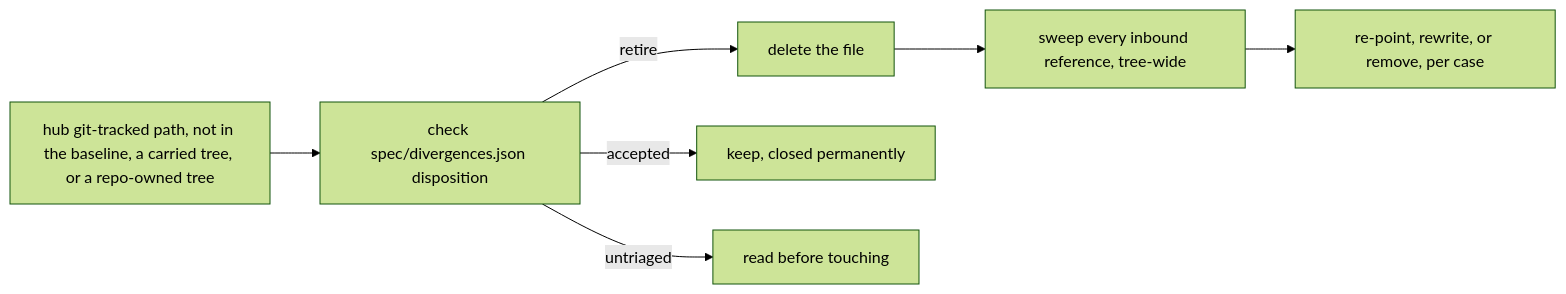
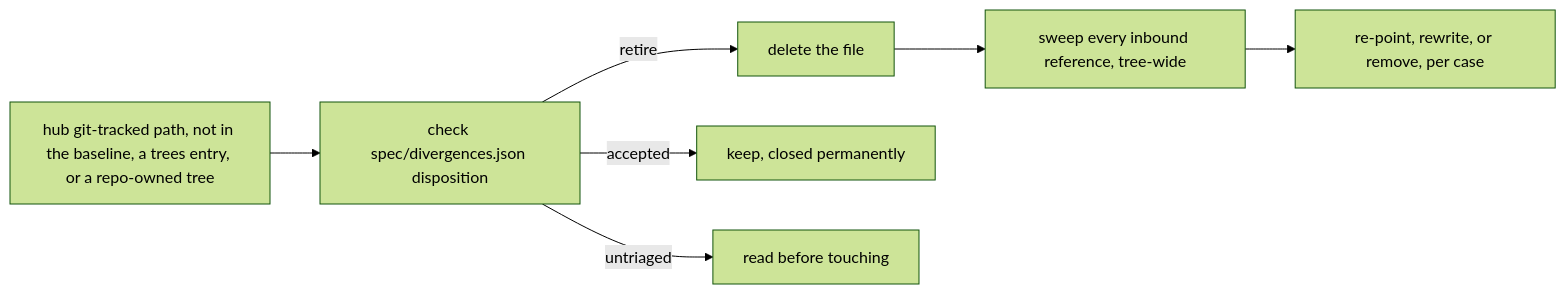
The second of 2 diagrams in RESYNC.md (ptr727/ProjectTemplate), drawn with Mermaid (forest theme) before and after one commit. The commit also changed other lines of this file and 2 other files, not shown here.

Commit message:
Drop the Carried Qualifier From the Trees Exclusion
The hub-only set excludes every trees declaration whatever its
appliesTo, so calling the entry carried read as an applicability
filter the code does not apply.

````diff
--- a/RESYNC.md
+++ b/RESYNC.md
@@ -94,9 +94,9 @@
 ```mermaid
 flowchart LR
-  candidate["hub git-tracked path, not in the baseline, a carried tree, or a repo-owned tree"] --> disp["check spec/divergences.json disposition"]
+  candidate["hub git-tracked path, not in the baseline, a trees entry, or a repo-owned tree"] --> disp["check spec/divergences.json disposition"]
   disp -->|"retire"| delete["delete the file"]
   disp -->|"accepted"| keep["keep, closed permanently"]
   disp -->|"untriaged"| read["read before touching"]
   delete --> sweep["sweep every inbound reference, tree-wide"]
   sweep --> fix["re-point, rewrite, or remove, per case"]
 ```
````
